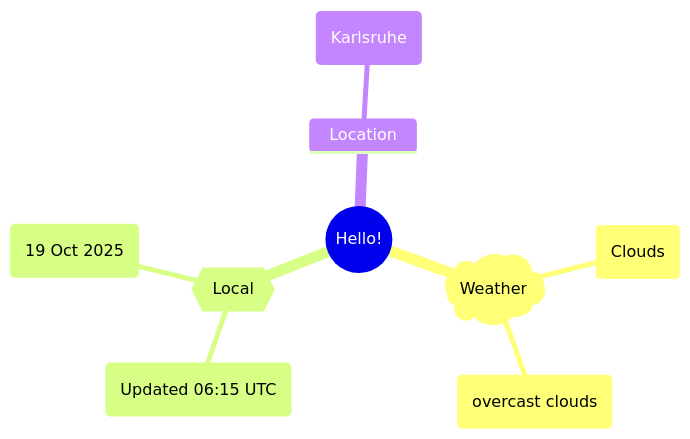
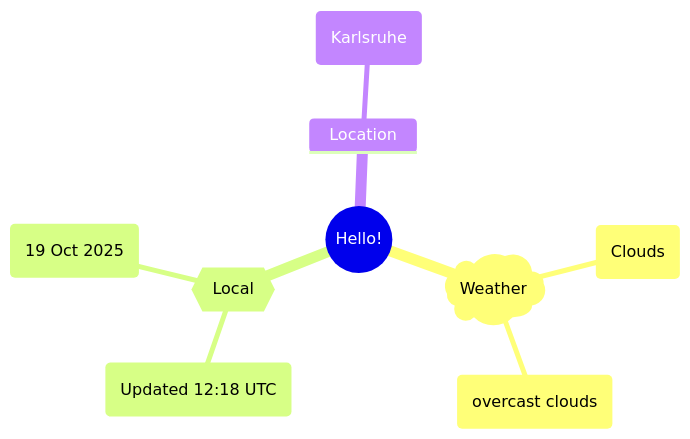
The first of 2 diagrams in README.md (Xosrov/Xosrov), drawn with Mermaid before and after one commit.

Commit message:
[bot] updated images

````diff
--- a/README.md
+++ b/README.md
@@ -3,12 +3,12 @@
 ```mermaid
 mindmap
   root((Hello!))
     )Weather(
         (Clouds)
         (overcast clouds)
     {{Local}}
-        (Updated 06:15 UTC)
+        (Updated 12:18 UTC)
         (19 Oct 2025)
     Location
         (Karlsruhe)
 ```
````
